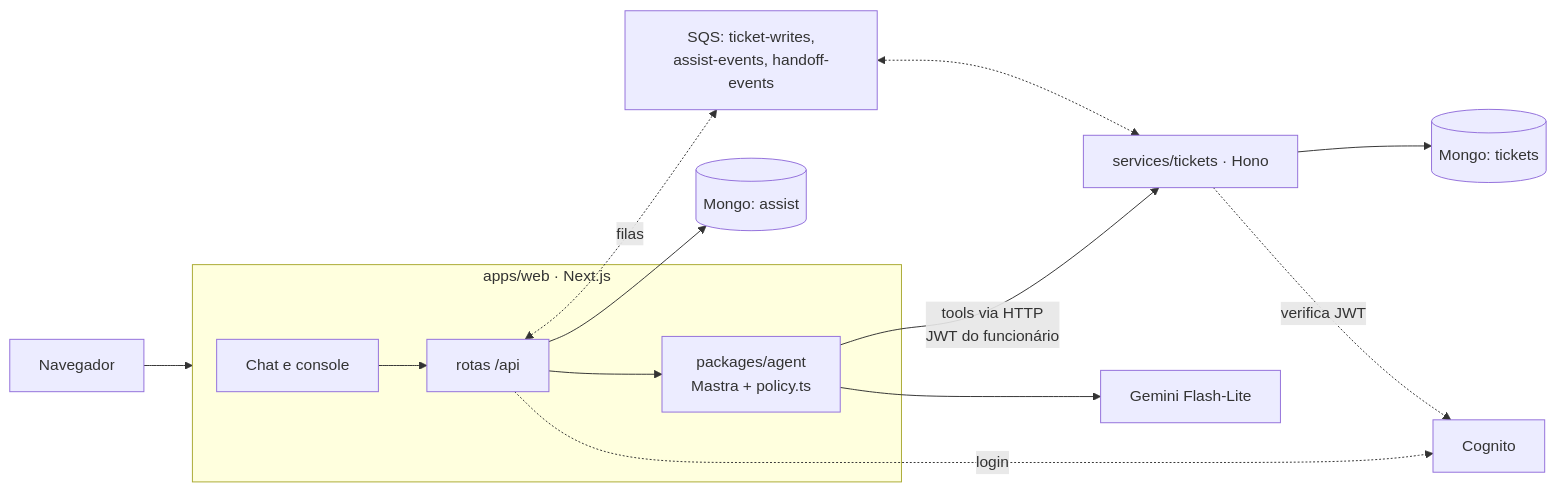
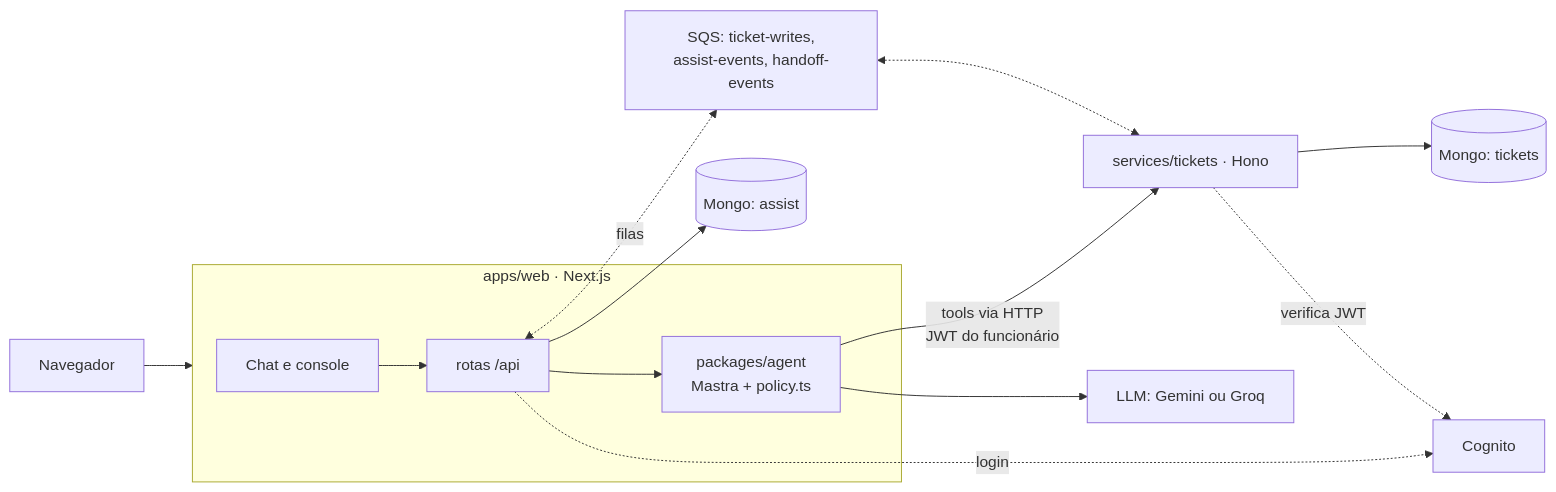
One commit to alyssonajackson/nexo-assist changed the diagram in README.md. Above: the diagram before and after it, drawn with Mermaid. The commit also changed other lines of this file, not shown here.

Commit message:
docs(readme): Groq in the model and cost table, live link, VPS deploy

````diff
--- a/README.md
+++ b/README.md
@@ -125,15 +126,15 @@
 ```mermaid
 flowchart LR
   B[Navegador] --> W
   subgraph W[apps/web · Next.js]
     UI[Chat e console] --> API["rotas /api"] --> AG[packages/agent<br/>Mastra + policy.ts]
   end
   AG -- "tools via HTTP<br/>JWT do funcionário" --> T[services/tickets · Hono]
-  AG --> LLM[Gemini Flash-Lite]
+  AG --> LLM[LLM: Gemini ou Groq]
   API --> MA[(Mongo: assist)]
   T --> MT[(Mongo: tickets)]
   API -. login .-> C[Cognito]
   T -. verifica JWT .-> C
   API <-. "filas" .-> Q[SQS: ticket-writes,<br/>assist-events, handoff-events]
   Q <-.-> T
 ```
````
